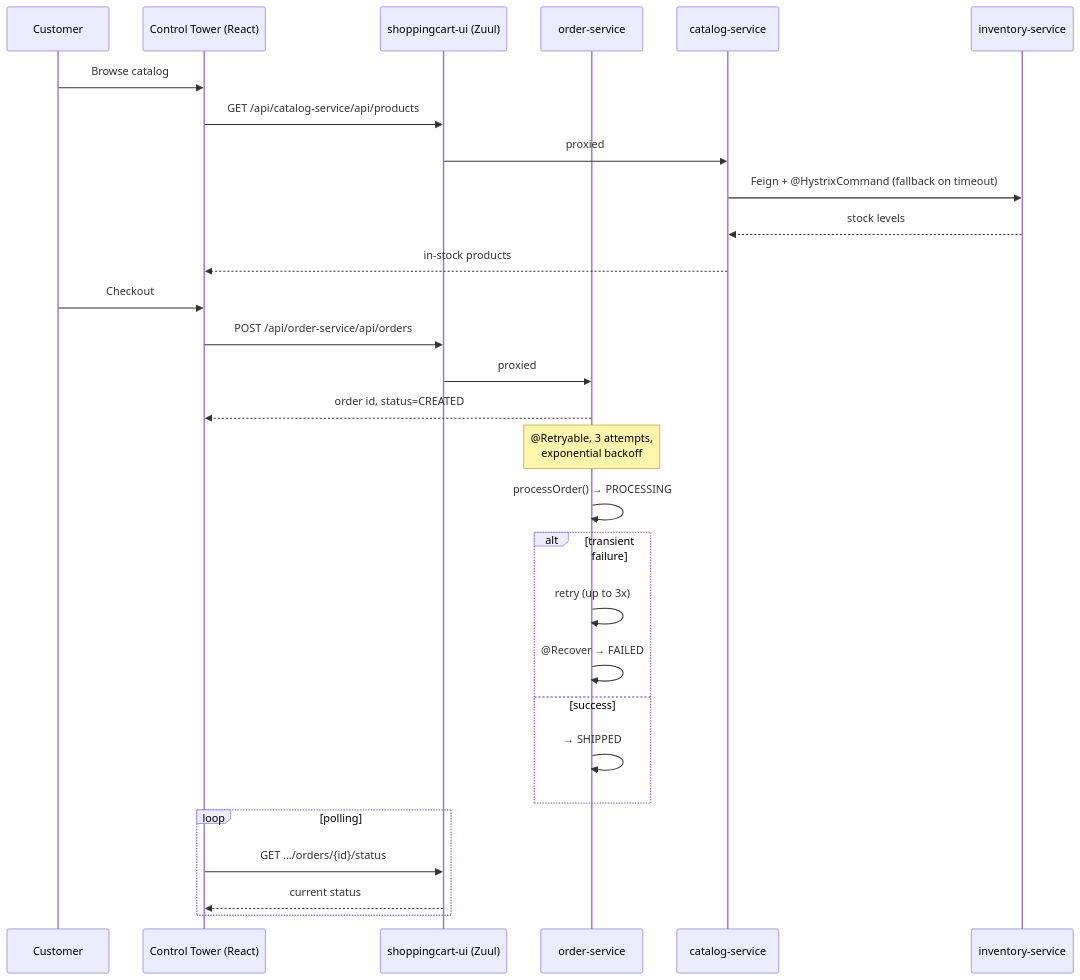
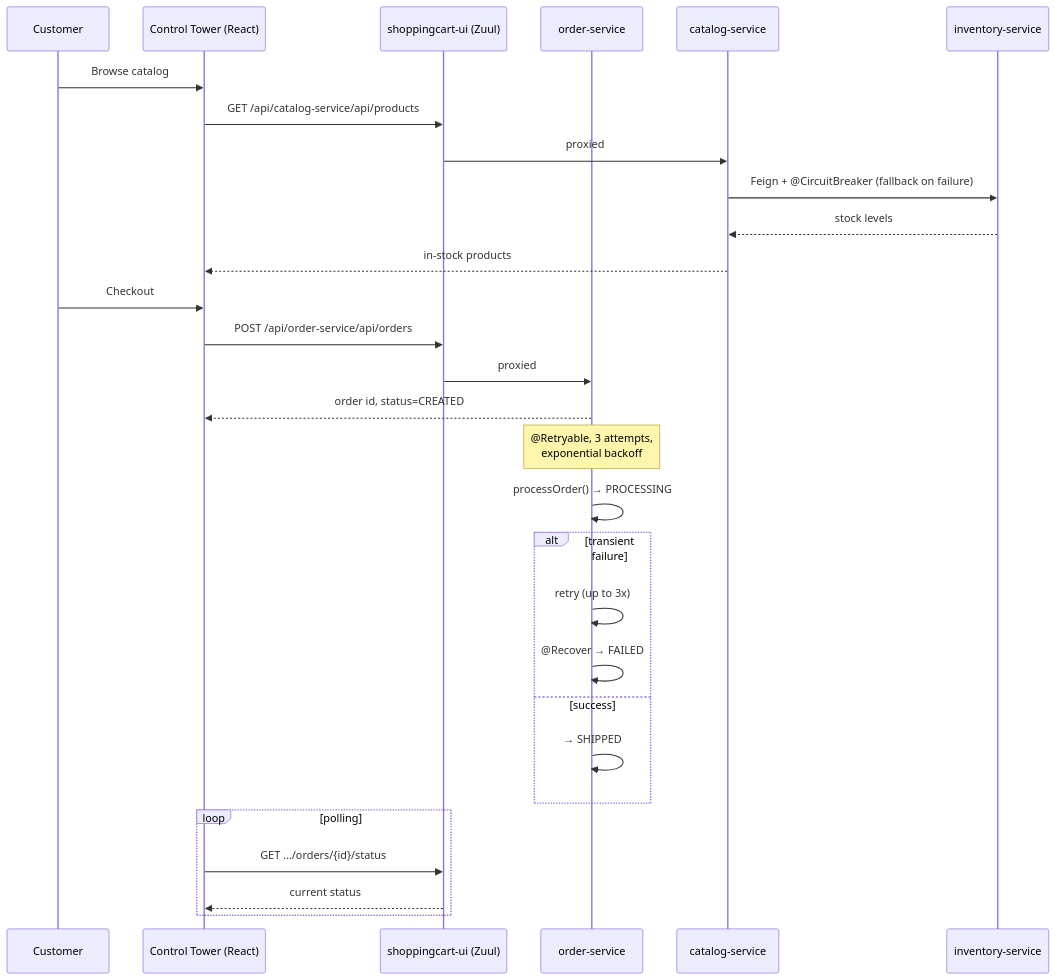
One commit to tanmaymish/doms-order-service changed the second of 2 diagrams in README.md. Above: the diagram before and after it, drawn with Mermaid. The commit also changed other lines of this file and 52 other files, not shown here.

````diff
--- a/README.md
+++ b/README.md
@@ -91,35 +92,35 @@
 ```mermaid
 sequenceDiagram
     participant User as Customer
     participant UI as Control Tower (React)
     participant Gateway as shoppingcart-ui (Zuul)
     participant Orders as order-service
     participant Catalog as catalog-service
     participant Inventory as inventory-service
 
     User->>UI: Browse catalog
     UI->>Gateway: GET /api/catalog-service/api/products
     Gateway->>Catalog: proxied
-    Catalog->>Inventory: Feign + @HystrixCommand (fallback on timeout)
+    Catalog->>Inventory: Feign + @CircuitBreaker (fallback on failure)
     Inventory-->>Catalog: stock levels
     Catalog-->>UI: in-stock products
 
     User->>UI: Checkout
     UI->>Gateway: POST /api/order-service/api/orders
     Gateway->>Orders: proxied
     Orders-->>UI: order id, status=CREATED
 
     Note over Orders: @Retryable, 3 attempts,<br/>exponential backoff
     Orders->>Orders: processOrder() → PROCESSING
     alt transient failure
         Orders->>Orders: retry (up to 3x)
         Orders->>Orders: @Recover → FAILED
     else success
         Orders->>Orders: → SHIPPED
     end
 
     loop polling
         UI->>Gateway: GET .../orders/{id}/status
         Gateway-->>UI: current status
     end
 ```
````
